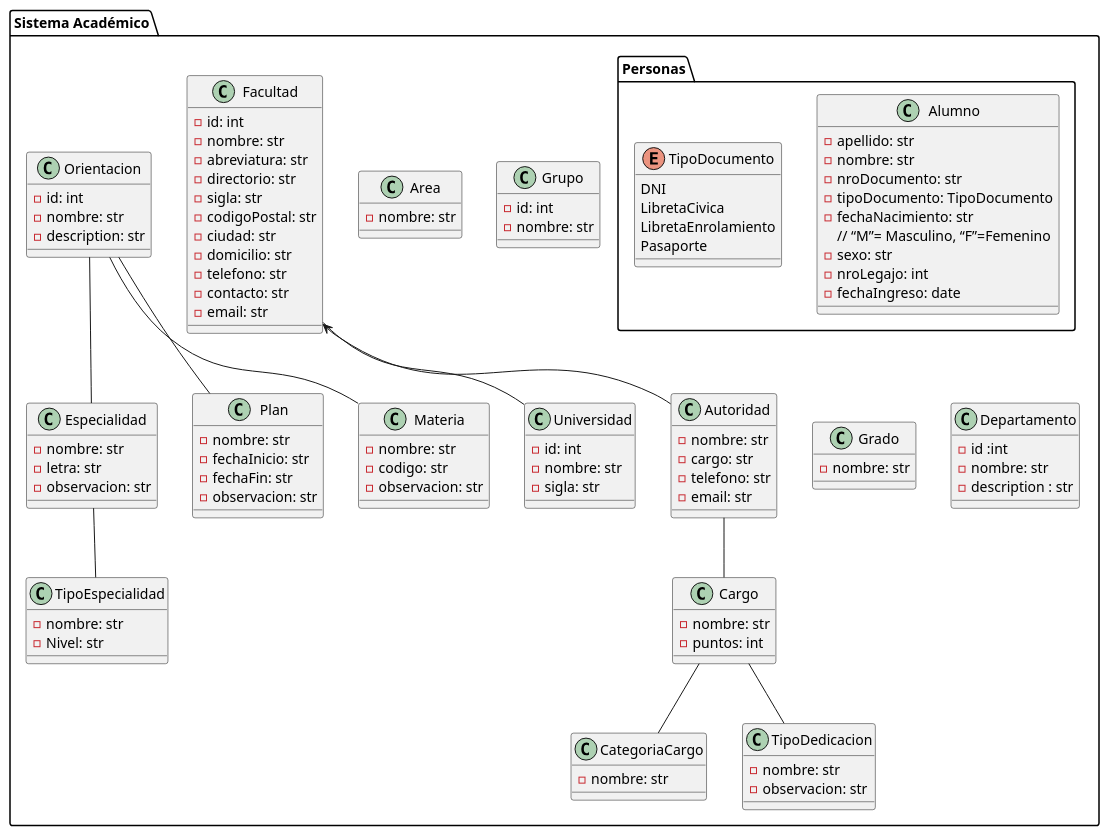
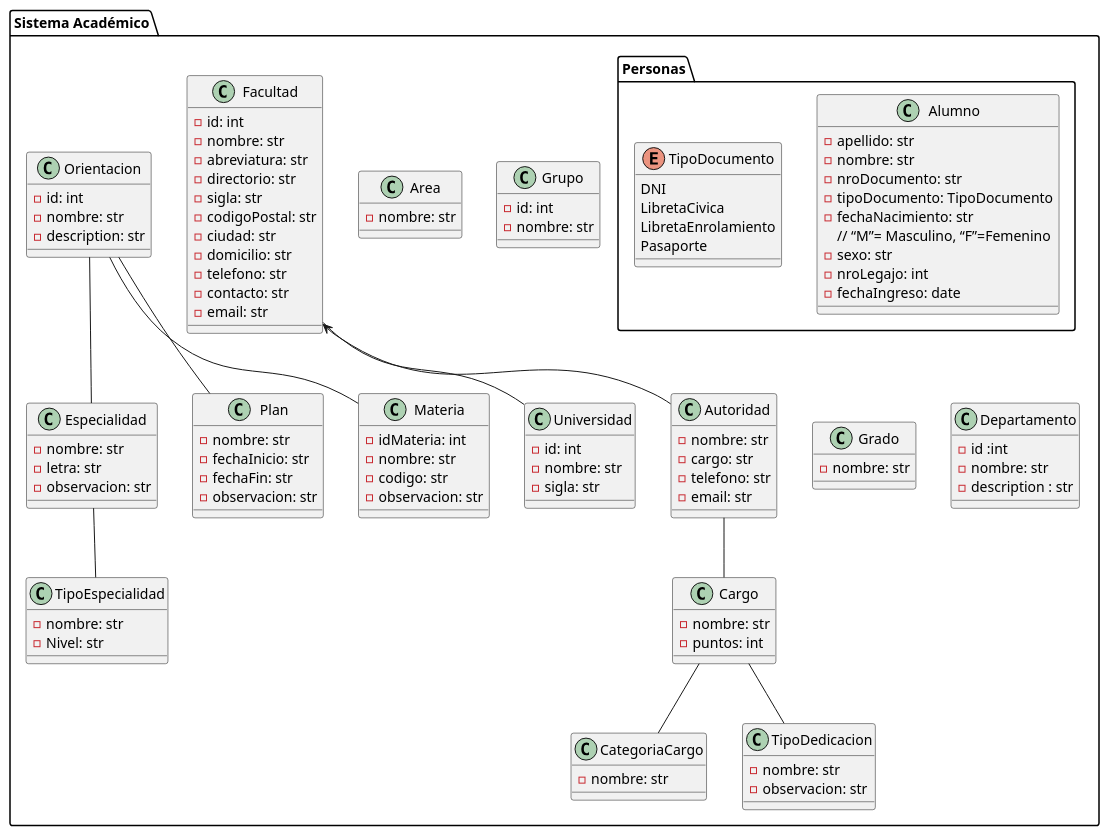
One commit to Juanpa1911/SysAcad2.0 changed the diagram in app/docs/sysacad_diagrama_de_clases.puml. Above: the diagram before and after it, drawn with PlantUML. The commit also changed 8 other files, not shown here.

```diff
--- a/app/docs/sysacad_diagrama_de_clases.puml
+++ b/app/docs/sysacad_diagrama_de_clases.puml
@@ -1,126 +1,127 @@
 @startuml Diagrama de Clases de sysacad
 package "Sistema Académico"{
     package "Personas"{
         class Alumno {
             - apellido: str
             - nombre: str
             - nroDocumento: str
             - tipoDocumento: TipoDocumento
             - fechaNacimiento: str
             // “M”= Masculino, “F”=Femenino
             - sexo: str
             - nroLegajo: int
             - fechaIngreso: date
         }
 
         enum TipoDocumento {
             DNI
             LibretaCivica
             LibretaEnrolamiento
             Pasaporte
         }
     }
 
     class Universidad {
         -id: int
         -nombre: str
         -sigla: str
     }
 
     class Facultad {
         -id: int
         -nombre: str
         -abreviatura: str
         -directorio: str
         -sigla: str
         -codigoPostal: str
         -ciudad: str
         -domicilio: str
         -telefono: str
         -contacto: str
         -email: str
     }
 
     class Autoridad {
         -nombre: str
         -cargo: str
         -telefono: str
         -email: str
     }
 
     class Area {
         - nombre: str
     }
 
     class Especialidad {
         - nombre: str
         - letra: str
         - observacion: str
     }
 
     class TipoEspecialidad {
         - nombre: str
         - Nivel: str
     }
 
     class Grupo {
         - id: int
         - nombre: str
     }
 
     class Plan {
         - nombre: str
         - fechaInicio: str
         - fechaFin: str
         - observacion: str
     }
 
     class Orientacion {
         - id: int
         - nombre: str
         - description: str
     }
 
     class Grado {
         - nombre: str
     }
 
     class Cargo {
         - nombre: str
         - puntos: int
         
     }
     
     class CategoriaCargo {
         - nombre: str
     } 
    
     class Materia {
+        - idMateria: int
         - nombre: str
         - codigo: str
         - observacion: str
     }
 
     class TipoDedicacion {
         - nombre: str
         - observacion: str
     }
 
     class Departamento {
         - id :int
         - nombre: str
         - description : str
     }
 
 
     Orientacion -- Especialidad
     Orientacion -- Plan
     Orientacion -- Materia
     Especialidad -- TipoEspecialidad
     Facultad <-- Autoridad
     Facultad -- Universidad
     Autoridad -- Cargo
     Cargo -- CategoriaCargo
     Cargo -- TipoDedicacion
 }
 @enduml
```
